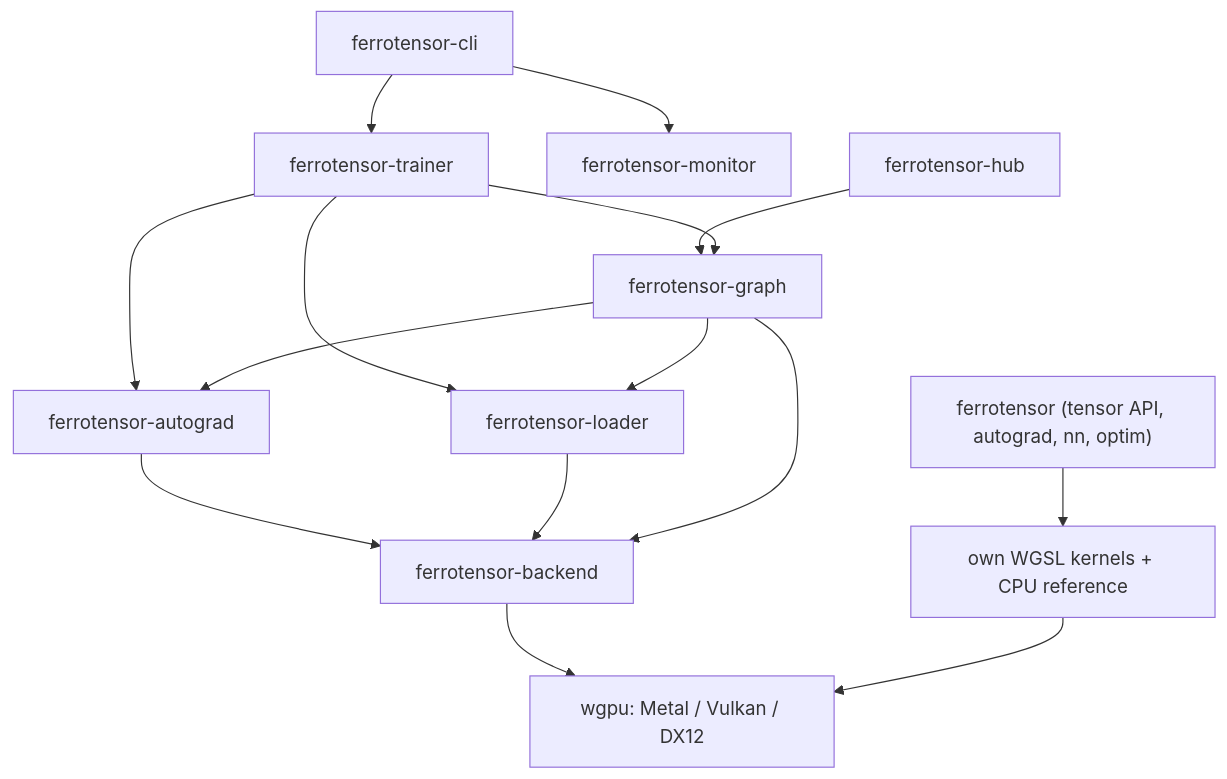
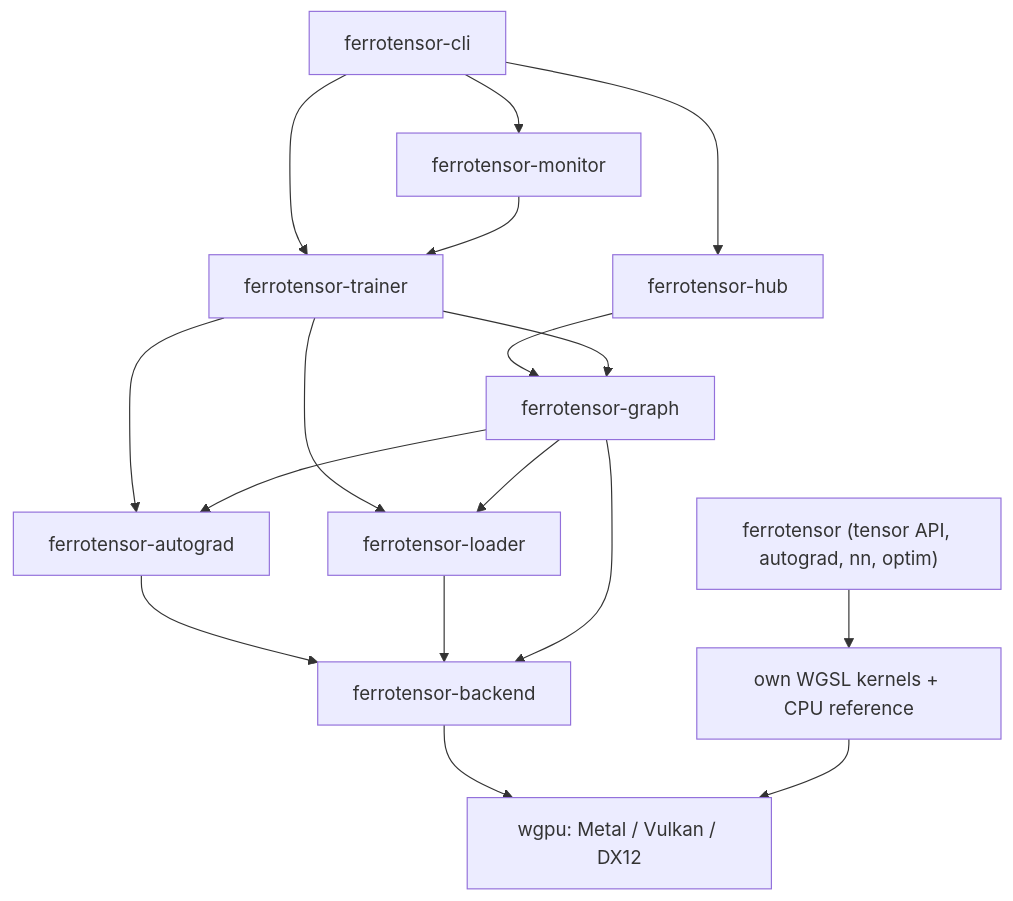
The diagram in docs/architecture.md (puranikyashaswin/ferrotensor), drawn with Mermaid before and after one commit. The commit also changed other lines of this file and 17 other files, not shown here.

````diff
--- a/docs/architecture.md
+++ b/docs/architecture.md
@@ -22,18 +22,20 @@
 ```mermaid
 flowchart TD
     cli[ferrotensor-cli] --> trainer[ferrotensor-trainer]
     cli --> monitor[ferrotensor-monitor]
-    hub[ferrotensor-hub] --> graphc[ferrotensor-graph]
+    cli --> hub[ferrotensor-hub]
+    monitor --> trainer
+    hub --> graphc[ferrotensor-graph]
     trainer --> graphc
     trainer --> autograd[ferrotensor-autograd]
     trainer --> loader[ferrotensor-loader]
     graphc --> autograd
     graphc --> loader
     autograd --> backend[ferrotensor-backend]
     loader --> backend
     graphc --> backend
     backend --> wgpu[wgpu: Metal / Vulkan / DX12]
 
     ferrotensor["ferrotensor (tensor API, autograd, nn, optim)"] --> kernels["own WGSL kernels + CPU reference"]
     kernels --> wgpu
 ```
````
